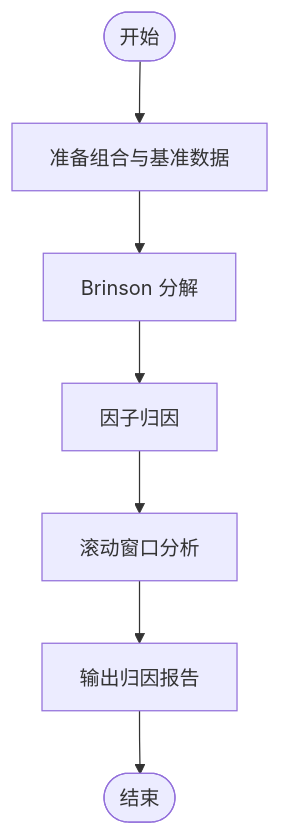
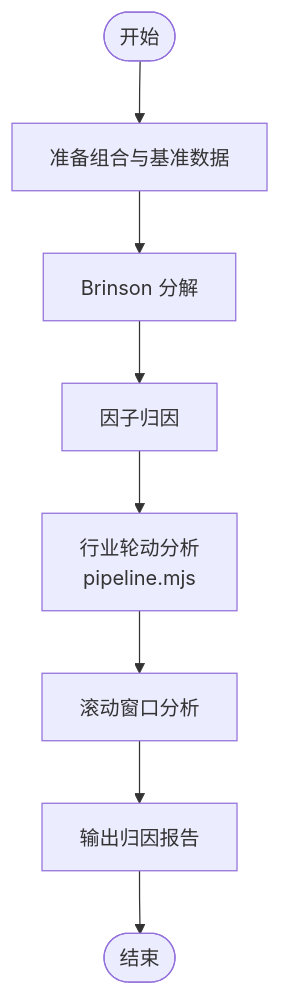
The fifth of 10 diagrams in .qoder/repowiki/zh/content/AI技能系统/核心投资研究技能/投资组合审查技能.md (Ted-Engineer/ai-berkshire), drawn with Mermaid before and after one commit. The commit also changed other lines of this file and 76 other files, not shown here.

````diff
--- a/.qoder/repowiki/zh/content/AI技能系统/核心投资研究技能/投资组合审查技能.md
+++ b/.qoder/repowiki/zh/content/AI技能系统/核心投资研究技能/投资组合审查技能.md
@@ -199,9 +219,10 @@
 ```mermaid
 flowchart TD
 Start(["开始"]) --> Data["准备组合与基准数据"]
 Data --> Decompose["Brinson 分解"]
 Decompose --> Factor["因子归因"]
-Factor --> Roll["滚动窗口分析"]
+Factor --> Industry["行业轮动分析<br/>pipeline.mjs"]
+Industry --> Roll["滚动窗口分析"]
 Roll --> Output["输出归因报告"]
 Output --> End(["结束"])
 ```
````
